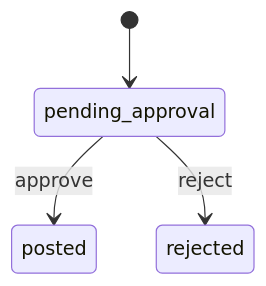
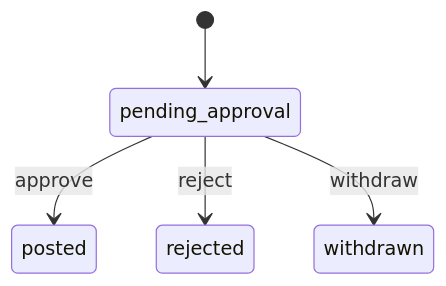
Before and after one commit to Virus-777/ecommerce: the eighth of 11 diagrams in backend/src/modules/finance/README.md, drawn with Mermaid. The commit also changed other lines of this file and 66 other files, not shown here.

````diff
--- a/backend/src/modules/finance/README.md
+++ b/backend/src/modules/finance/README.md
@@ -952,6 +952,7 @@
 ```mermaid
 stateDiagram-v2
   [*] --> pending_approval
   pending_approval --> posted: approve
   pending_approval --> rejected: reject
+  pending_approval --> withdrawn: withdraw
 ```
````
